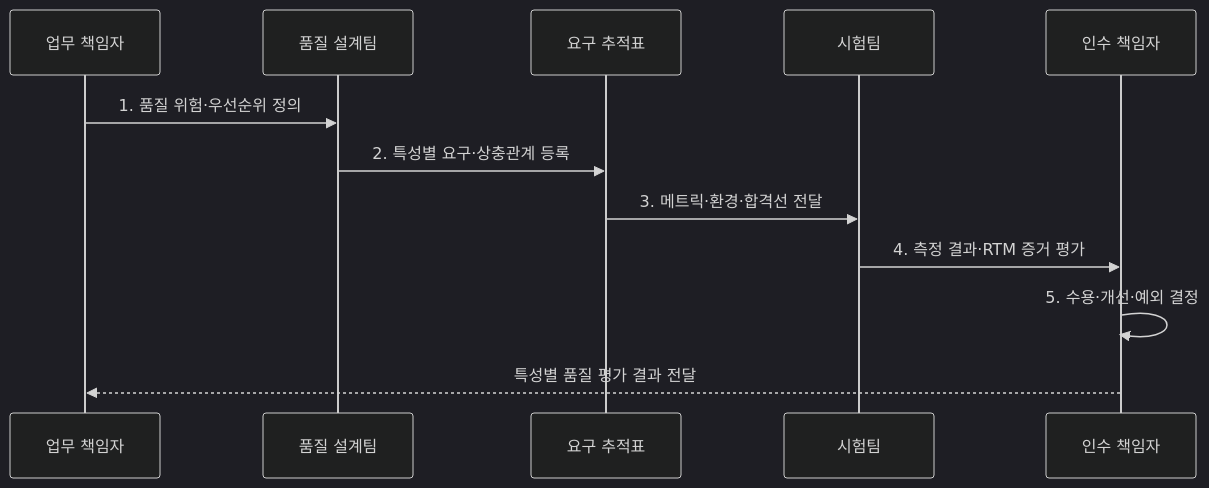
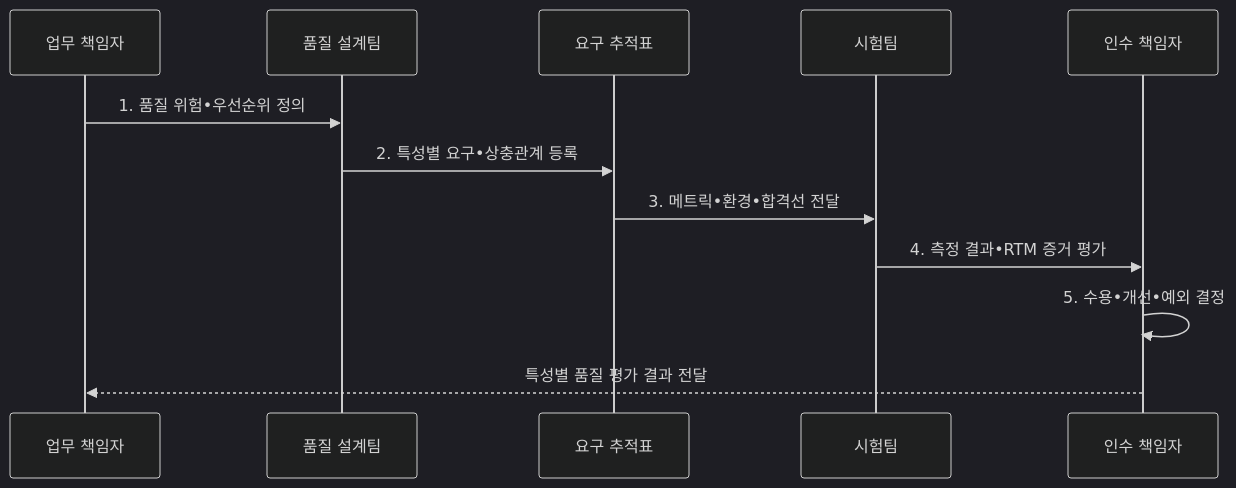
One commit to agnusdei1207/knowledge-base changed the second of 2 diagrams in src/content/docs/notes/06-evaluation/030_quality_characteristics.md. Above: the diagram before and after it, drawn with Mermaid (dark theme). The commit also changed other lines of this file and 953 other files, not shown here.

````diff
--- a/src/content/docs/notes/06-evaluation/030_quality_characteristics.md
+++ b/src/content/docs/notes/06-evaluation/030_quality_characteristics.md
@@ -101,14 +101,14 @@
 ```mermaid
 sequenceDiagram
   participant B as 업무 책임자
   participant Q as 품질 설계팀
   participant R as 요구 추적표
   participant T as 시험팀
   participant A as 인수 책임자
-  B->>Q: 1. 품질 위험·우선순위 정의
-  Q->>R: 2. 특성별 요구·상충관계 등록
-  R->>T: 3. 메트릭·환경·합격선 전달
-  T->>A: 4. 측정 결과·RTM 증거 평가
-  A->>A: 5. 수용·개선·예외 결정
+  B->>Q: 1. 품질 위험•우선순위 정의
+  Q->>R: 2. 특성별 요구•상충관계 등록
+  R->>T: 3. 메트릭•환경•합격선 전달
+  T->>A: 4. 측정 결과•RTM 증거 평가
+  A->>A: 5. 수용•개선•예외 결정
   A-->>B: 특성별 품질 평가 결과 전달
 ```
````
